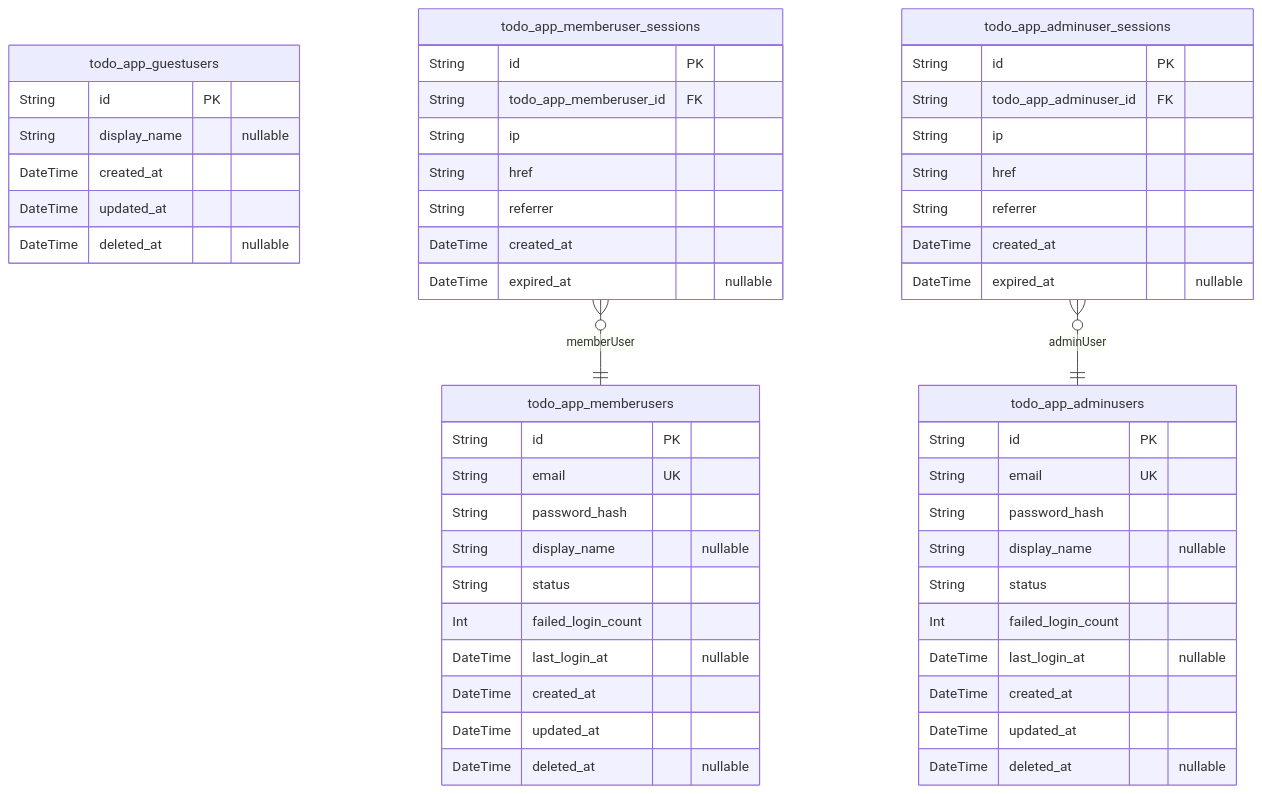
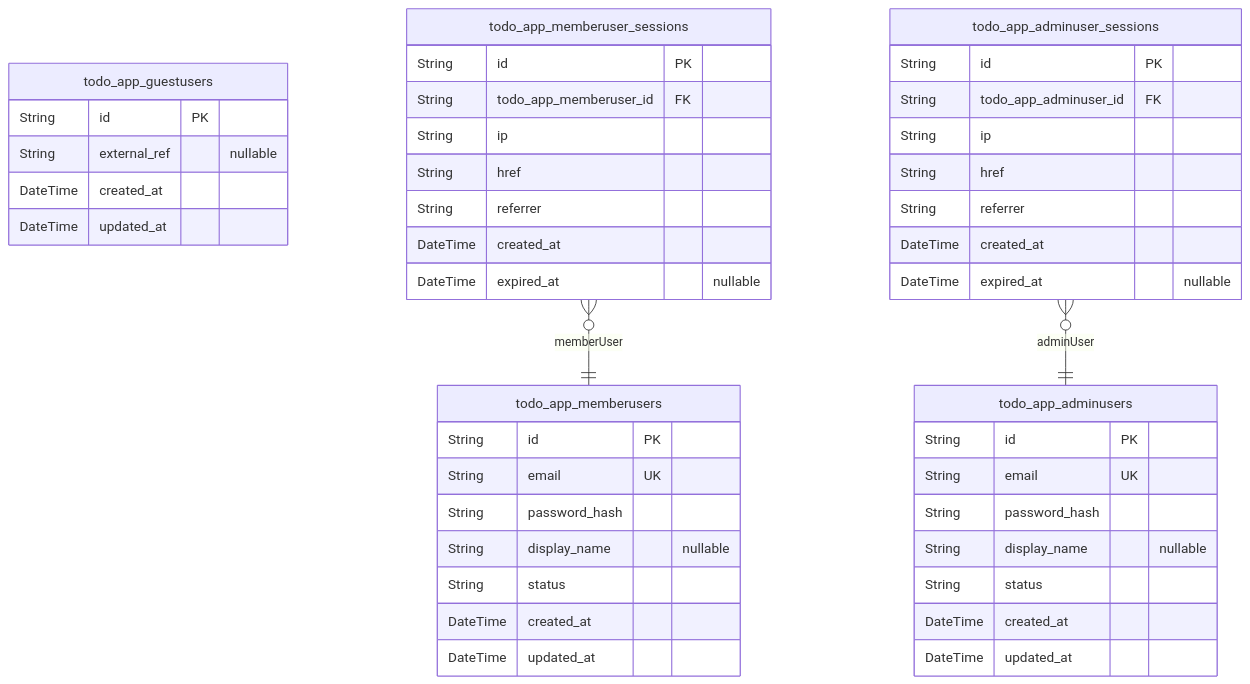
Before and after one commit to wrtnlabs/autobe-examples: the second of 3 diagrams in openai/gpt-5.1/todo/docs/ERD.md, drawn with Mermaid. The commit also changed other lines of this file and 8017 other files, not shown here.

````diff
--- a/openai/gpt-5.1/todo/docs/ERD.md
+++ b/openai/gpt-5.1/todo/docs/ERD.md
@@ -11,54 +108,47 @@
 ```mermaid
 erDiagram
 "todo_app_guestusers" {
   String id PK
-  String display_name "nullable"
+  String external_ref "nullable"
   DateTime created_at
   DateTime updated_at
-  DateTime deleted_at "nullable"
 }
 "todo_app_memberusers" {
   String id PK
   String email UK
   String password_hash
   String display_name "nullable"
   String status
-  Int failed_login_count
-  DateTime last_login_at "nullable"
   DateTime created_at
   DateTime updated_at
-  DateTime deleted_at "nullable"
+}
+"todo_app_adminusers" {
+  String id PK
+  String email UK
+  String password_hash
+  String display_name "nullable"
+  String status
+  DateTime created_at
+  DateTime updated_at
 }
 "todo_app_memberuser_sessions" {
   String id PK
   String todo_app_memberuser_id FK
   String ip
   String href
   String referrer
   DateTime created_at
   DateTime expired_at "nullable"
-}
-"todo_app_adminusers" {
-  String id PK
-  String email UK
-  String password_hash
-  String display_name "nullable"
-  String status
-  Int failed_login_count
-  DateTime last_login_at "nullable"
-  DateTime created_at
-  DateTime updated_at
-  DateTime deleted_at "nullable"
 }
 "todo_app_adminuser_sessions" {
   String id PK
   String todo_app_adminuser_id FK
   String ip
   String href
   String referrer
   DateTime created_at
   DateTime expired_at "nullable"
 }
 "todo_app_memberuser_sessions" }o--|| "todo_app_memberusers" : memberUser
 "todo_app_adminuser_sessions" }o--|| "todo_app_adminusers" : adminUser
 ```
````
